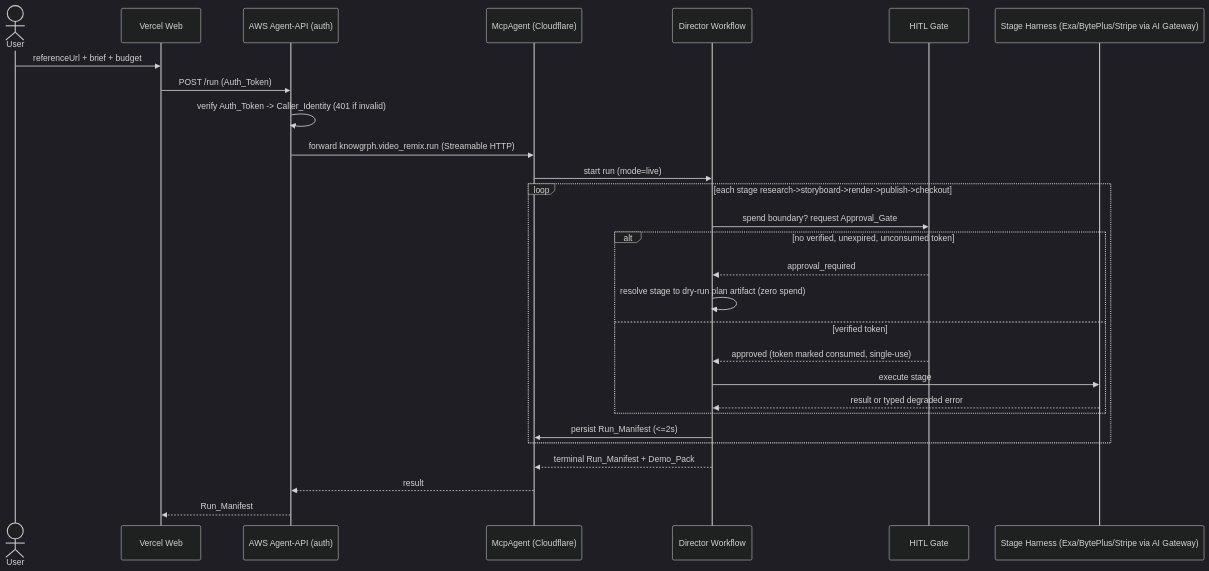
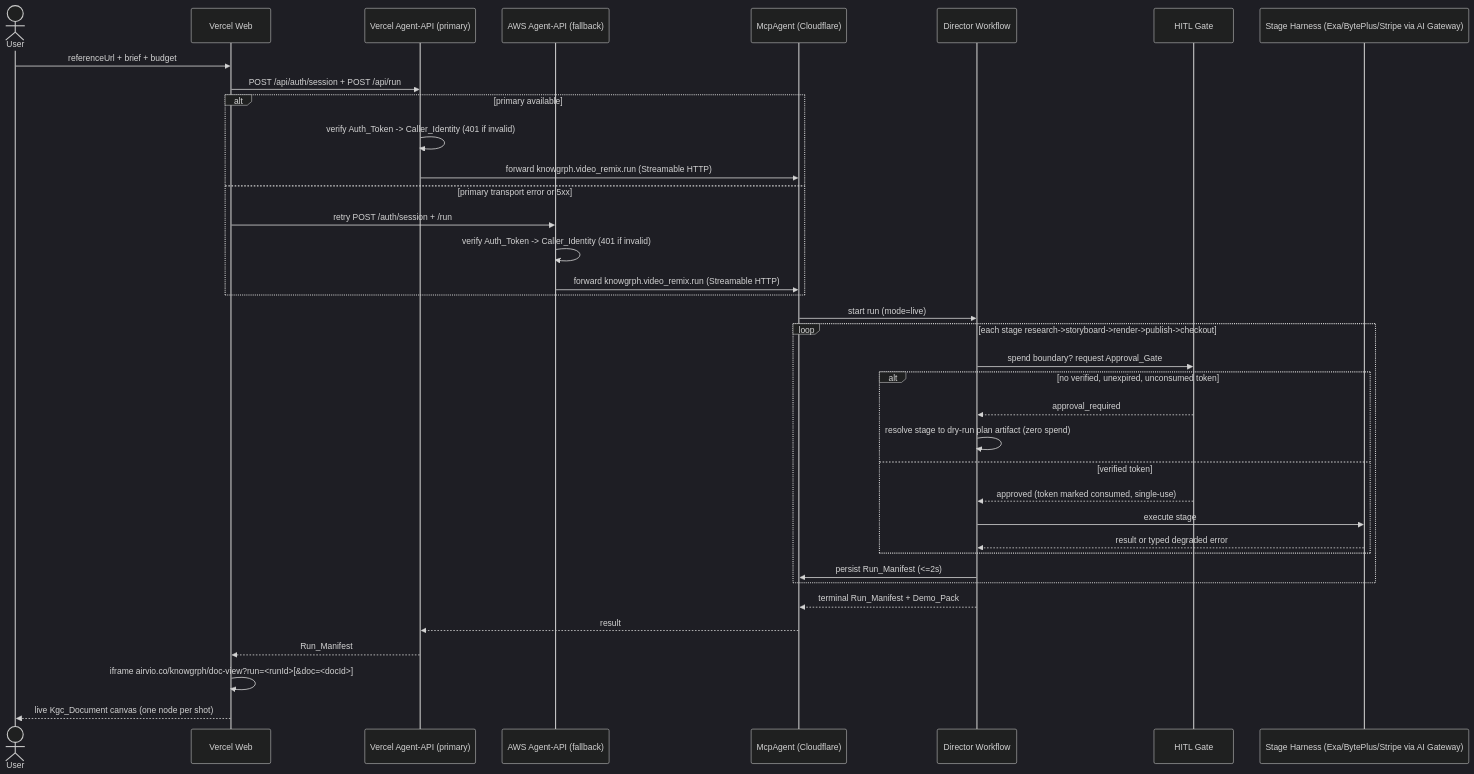
One commit to huijoohwee/huijoohwee changed the second of 3 diagrams in docs/knowgrph-mcp-agentic-canvas-os-demo.md. Above: the diagram before and after it, drawn with Mermaid (dark theme). The commit also changed other lines of this file and 1059 other files, not shown here.

Commit message:
chore: sync knowgrph pages build (operator-deploy settings + canvas updates)

````diff
--- a/docs/knowgrph-mcp-agentic-canvas-os-demo.md
+++ b/docs/knowgrph-mcp-agentic-canvas-os-demo.md
@@ -183,30 +779,39 @@
 ```mermaid
 sequenceDiagram
   actor User
   participant Web as Vercel Web
-  participant API as AWS Agent-API (auth)
+  participant API as Vercel Agent-API (primary)
+  participant AWS as AWS Agent-API (fallback)
   participant Mcp as McpAgent (Cloudflare)
   participant Dir as Director Workflow
   participant Gate as HITL Gate
   participant H as Stage Harness (Exa/BytePlus/Stripe via AI Gateway)
   User->>Web: referenceUrl + brief + budget
-  Web->>API: POST /run (Auth_Token)
-  API->>API: verify Auth_Token -> Caller_Identity (401 if invalid)
-  API->>Mcp: forward knowgrph.video_remix.run (Streamable HTTP)
+  Web->>API: POST /api/auth/session + POST /api/run
+  alt primary available
+    API->>API: verify Auth_Token -> Caller_Identity (401 if invalid)
+    API->>Mcp: forward knowgrph.video_remix.run (Streamable HTTP)
+  else primary transport error or 5xx
+    Web->>AWS: retry POST /auth/session + /run
+    AWS->>AWS: verify Auth_Token -> Caller_Identity (401 if invalid)
+    AWS->>Mcp: forward knowgrph.video_remix.run (Streamable HTTP)
+  end
   Mcp->>Dir: start run (mode=live)
   loop each stage research->storyboard->render->publish->checkout
     Dir->>Gate: spend boundary? request Approval_Gate
     alt no verified, unexpired, unconsumed token
       Gate-->>Dir: approval_required
       Dir->>Dir: resolve stage to dry-run plan artifact (zero spend)
     else verified token
       Gate-->>Dir: approved (token marked consumed, single-use)
       Dir->>H: execute stage
       H-->>Dir: result or typed degraded error
     end
     Dir->>Mcp: persist Run_Manifest (<=2s)
   end
   Dir-->>Mcp: terminal Run_Manifest + Demo_Pack
   Mcp-->>API: result
   API-->>Web: Run_Manifest
+  Web->>Web: iframe airvio.co/knowgrph/doc-view?run=<runId>[&doc=<docId>]
+  Web-->>User: live Kgc_Document canvas (one node per shot)
 ```
````
